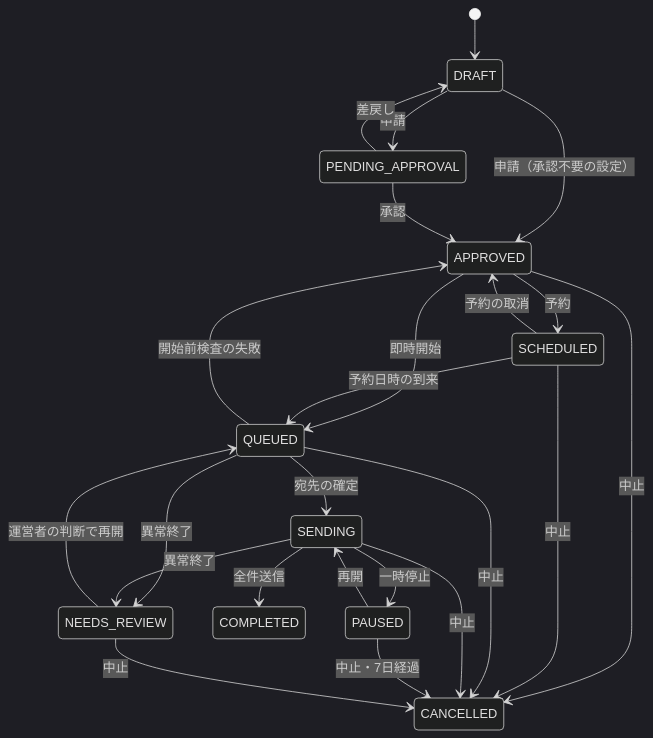
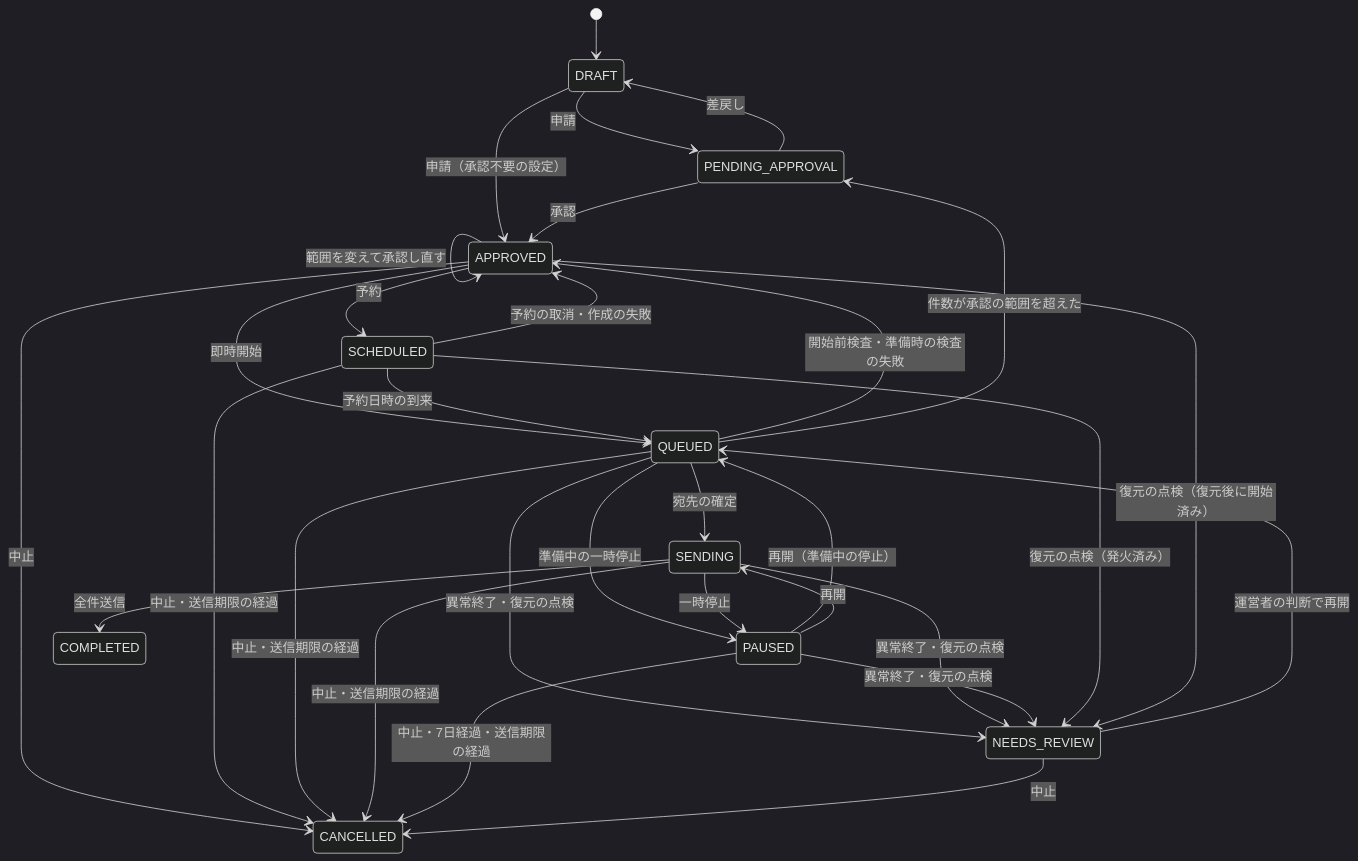
One commit to i109004t-debug/hato2comeback changed the first of 2 diagrams in docs/詳細設計書.md. Above: the diagram before and after it, drawn with Mermaid (dark theme). The commit also changed other lines of this file and 3 other files, not shown here.

````diff
--- a/docs/詳細設計書.md
+++ b/docs/詳細設計書.md
@@ -499,26 +776,33 @@
 ```mermaid
 stateDiagram-v2
     [*] --> DRAFT
     DRAFT --> PENDING_APPROVAL: 申請
     DRAFT --> APPROVED: 申請（承認不要の設定）
     PENDING_APPROVAL --> APPROVED: 承認
     PENDING_APPROVAL --> DRAFT: 差戻し
+    APPROVED --> APPROVED: 範囲を変えて承認し直す
     APPROVED --> QUEUED: 即時開始
     APPROVED --> SCHEDULED: 予約
-    SCHEDULED --> APPROVED: 予約の取消
+    SCHEDULED --> APPROVED: 予約の取消・作成の失敗
     SCHEDULED --> QUEUED: 予約日時の到来
-    QUEUED --> APPROVED: 開始前検査の失敗
+    QUEUED --> APPROVED: 開始前検査・準備時の検査の失敗
+    QUEUED --> PENDING_APPROVAL: 件数が承認の範囲を超えた
     QUEUED --> SENDING: 宛先の確定
+    QUEUED --> PAUSED: 準備中の一時停止
+    PAUSED --> QUEUED: 再開（準備中の停止）
     SENDING --> PAUSED: 一時停止
     PAUSED --> SENDING: 再開
     SENDING --> COMPLETED: 全件送信
-    QUEUED --> NEEDS_REVIEW: 異常終了
-    SENDING --> NEEDS_REVIEW: 異常終了
+    QUEUED --> NEEDS_REVIEW: 異常終了・復元の点検
+    SENDING --> NEEDS_REVIEW: 異常終了・復元の点検
+    PAUSED --> NEEDS_REVIEW: 異常終了・復元の点検
+    SCHEDULED --> NEEDS_REVIEW: 復元の点検（発火済み）
+    APPROVED --> NEEDS_REVIEW: 復元の点検（復元後に開始済み）
     NEEDS_REVIEW --> QUEUED: 運営者の判断で再開
     APPROVED --> CANCELLED: 中止
-    SCHEDULED --> CANCELLED: 中止
-    QUEUED --> CANCELLED: 中止
-    SENDING --> CANCELLED: 中止
-    PAUSED --> CANCELLED: 中止・7日経過
+    SCHEDULED --> CANCELLED: 中止・送信期限の経過
+    QUEUED --> CANCELLED: 中止・送信期限の経過
+    SENDING --> CANCELLED: 中止・送信期限の経過
+    PAUSED --> CANCELLED: 中止・7日経過・送信期限の経過
     NEEDS_REVIEW --> CANCELLED: 中止
 ```
````
